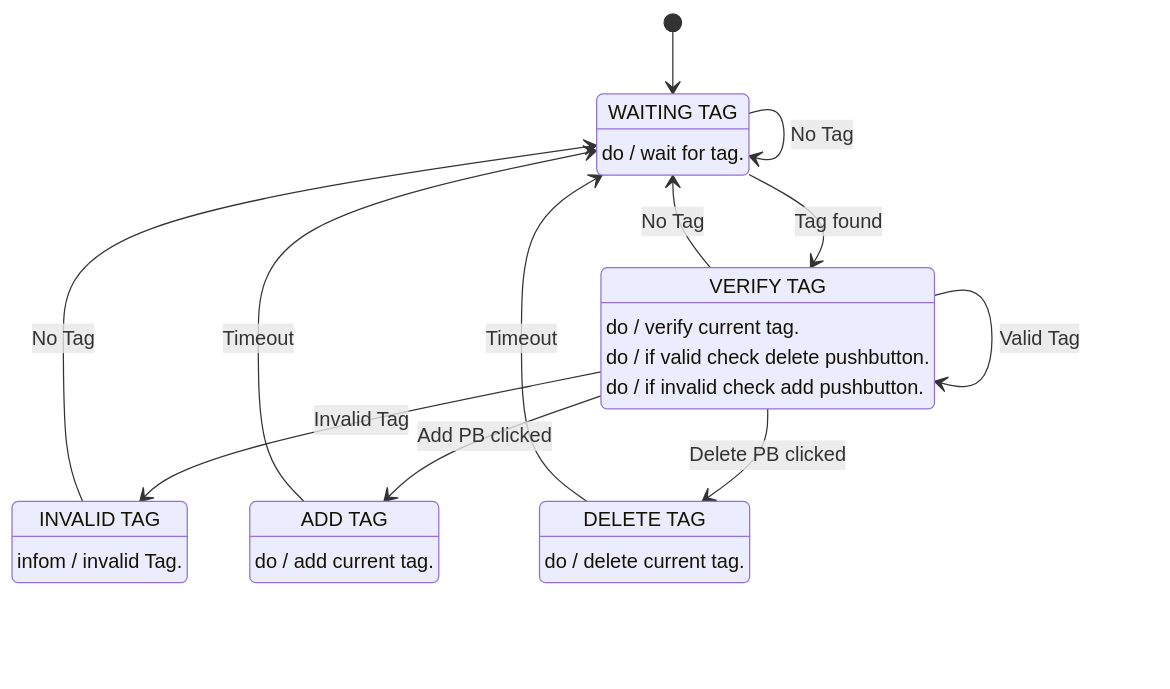
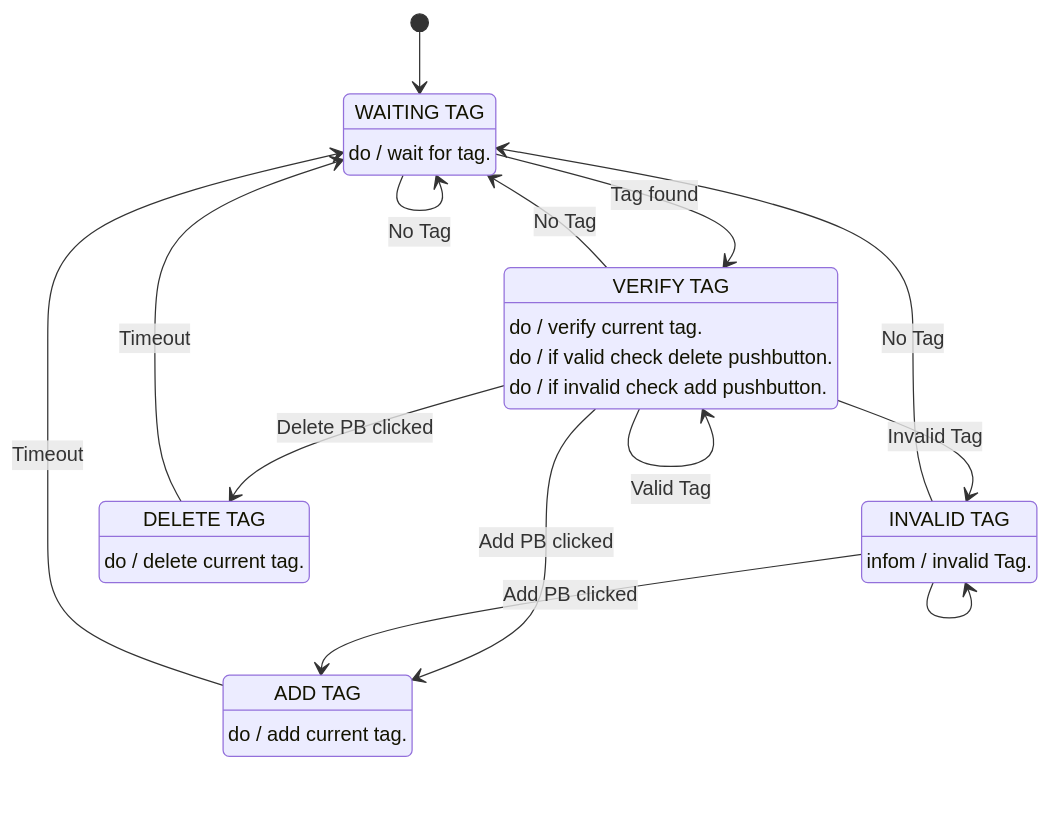
Before and after one commit to RobAxt/PdM_workspace: the diagram in Practica_TP.Final/README.md, drawn with Mermaid. The commit also changed 1 other file, not shown here.

Commit message:
adding new transition to invalid state and update readme

````diff
--- a/Practica_TP.Final/README.md
+++ b/Practica_TP.Final/README.md
@@ -26,21 +26,23 @@
 ```mermaid 
 stateDiagram-v2 
 [*] --> WT
 state "WAITING TAG" as WT: do / wait for tag.
 state "VERIFY TAG" as VT: do / verify current tag.
 VT: do / if valid check delete pushbutton.
 VT: do / if invalid check add pushbutton.
 state "INVALID TAG" as IT: infom / invalid Tag.
 state "ADD TAG" as AT: do / add current tag.
 state "DELETE TAG" as DT: do / delete current tag.
 WT --> VT : Tag found
 WT --> WT : No Tag
 VT --> WT : No Tag
 VT --> VT : Valid Tag
 VT --> AT : Add PB clicked
 AT --> WT : Timeout
 IT --> WT : No Tag
+IT --> AT : Add PB clicked
+IT --> IT 
 VT --> IT : Invalid Tag
 VT --> DT : Delete PB clicked
 DT --> WT : Timeout
 ```
````
